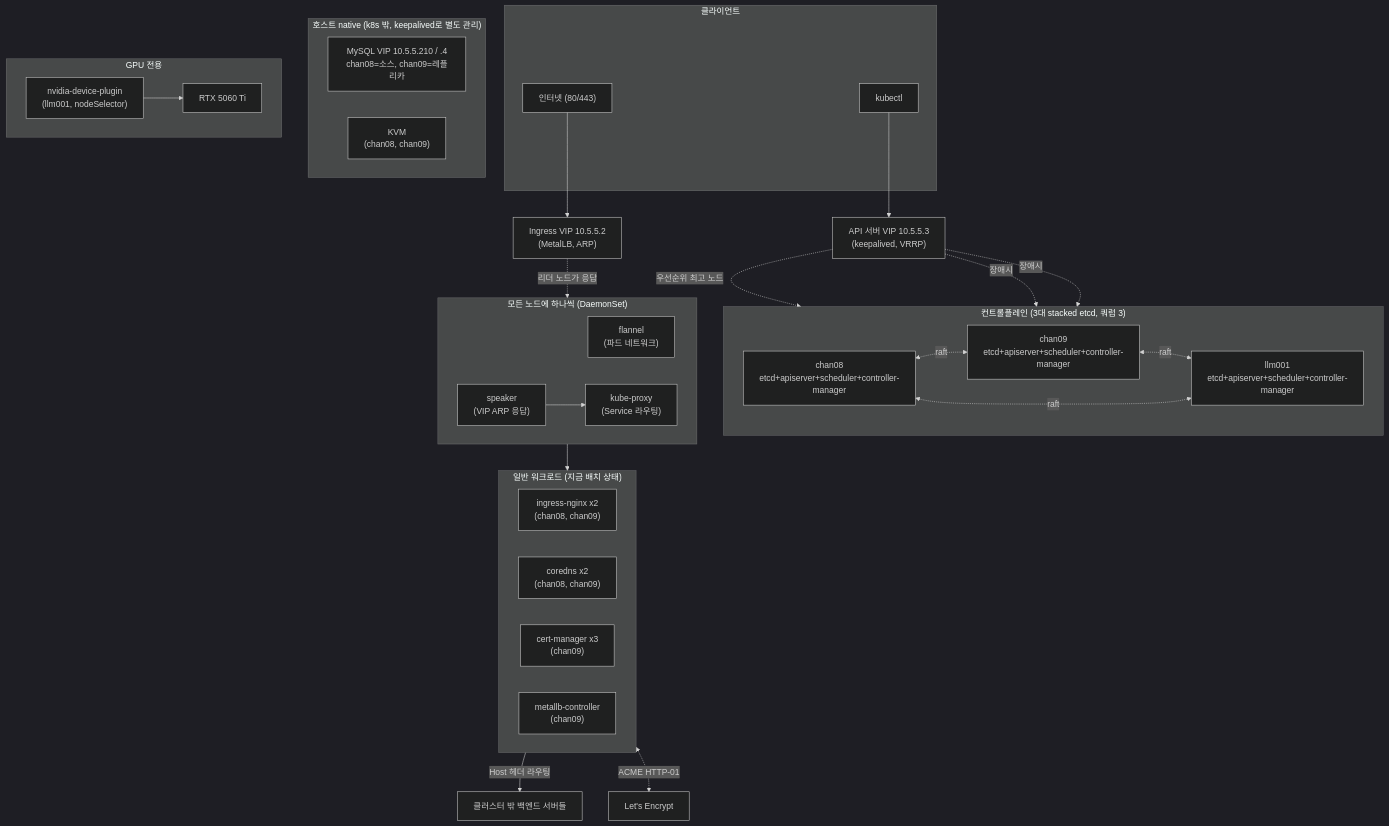
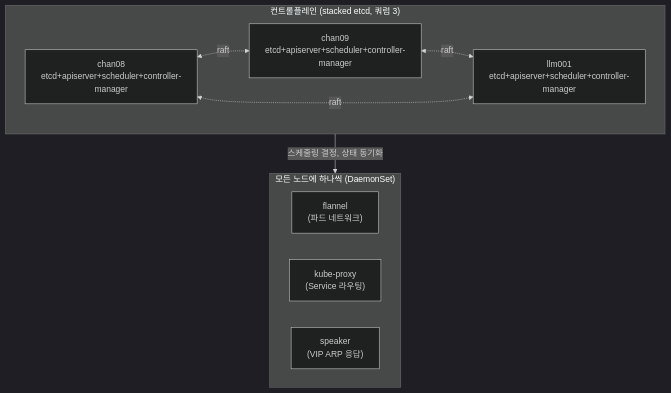
One commit to gywndi/homelab-diary changed the first of 4 diagrams in concepts/kubernetes.md. Above: the diagram before and after it, drawn with Mermaid (dark theme). The commit also changed other lines of this file, not shown here.

Commit message:
전체 구조 다이어그램을 4개로 분리
한 장짜리 다이어그램이 복잡해서 k8s 내부 관계, Ingress 트래픽 경로,
kubectl 제어 흐름, GPU 업무 처리 흐름으로 나눠서 재구성.

````diff
--- a/concepts/kubernetes.md
+++ b/concepts/kubernetes.md
@@ -7,62 +11,21 @@
 ```mermaid
 flowchart TB
-    subgraph CLIENTS["클라이언트"]
-        KUBECTL["kubectl"]
-        WEB["인터넷 (80/443)"]
-    end
-
-    APIVIP["API 서버 VIP 10.5.5.3<br/>(keepalived, VRRP)"]
-    INGVIP["Ingress VIP 10.5.5.2<br/>(MetalLB, ARP)"]
-
-    KUBECTL --> APIVIP
-    WEB --> INGVIP
-
-    subgraph CP["컨트롤플레인 (3대 stacked etcd, 쿼럼 3)"]
+    subgraph CP["컨트롤플레인 (stacked etcd, 쿼럼 3)"]
         direction LR
         CP8["chan08<br/>etcd+apiserver+scheduler+controller-manager"]
         CP9["chan09<br/>etcd+apiserver+scheduler+controller-manager"]
         CP10["llm001<br/>etcd+apiserver+scheduler+controller-manager"]
-        CP8 <-.raft.-> CP9
-        CP9 <-.raft.-> CP10
-        CP8 <-.raft.-> CP10
+        CP8 <-. raft .-> CP9
+        CP9 <-. raft .-> CP10
+        CP8 <-. raft .-> CP10
     end
-
-    APIVIP -. 우선순위 최고 노드 .-> CP8
-    APIVIP -. 장애시 .-> CP9
-    APIVIP -. 장애시 .-> CP10
 
     subgraph DS["모든 노드에 하나씩 (DaemonSet)"]
         direction LR
         FLANNEL["flannel<br/>(파드 네트워크)"]
         PROXY["kube-proxy<br/>(Service 라우팅)"]
         SPEAKER["speaker<br/>(VIP ARP 응답)"]
     end
 
-    INGVIP -. 리더 노드가 응답 .-> SPEAKER
-    SPEAKER --> PROXY
-
-    subgraph WORKLOAD["일반 워크로드 (지금 배치 상태)"]
-        direction LR
-        NGINX["ingress-nginx x2<br/>(chan08, chan09)"]
-        DNS["coredns x2<br/>(chan08, chan09)"]
-        CERTM["cert-manager x3<br/>(chan09)"]
-        MLBC["metallb-controller<br/>(chan09)"]
-    end
-
-    PROXY --> NGINX
-    NGINX -- Host 헤더 라우팅 --> BACKEND["클러스터 밖 백엔드 서버들"]
-    CERTM <-. ACME HTTP-01 .-> LE["Let's Encrypt"]
-
-    subgraph HOSTNATIVE["호스트 native (k8s 밖, keepalived로 별도 관리)"]
-        direction LR
-        MYSQLVIP["MySQL VIP 10.5.5.210 / .4<br/>chan08=소스, chan09=레플리카"]
-        KVMH["KVM<br/>(chan08, chan09)"]
-    end
-
-    subgraph GPUZONE["GPU 전용"]
-        direction LR
-        DEVPLUGIN["nvidia-device-plugin<br/>(llm001, nodeSelector)"]
-        CARD["RTX 5060 Ti"]
-        DEVPLUGIN --> CARD
-    end
+    CP -- "스케줄링 결정, 상태 동기화" --> DS
 ```
````
